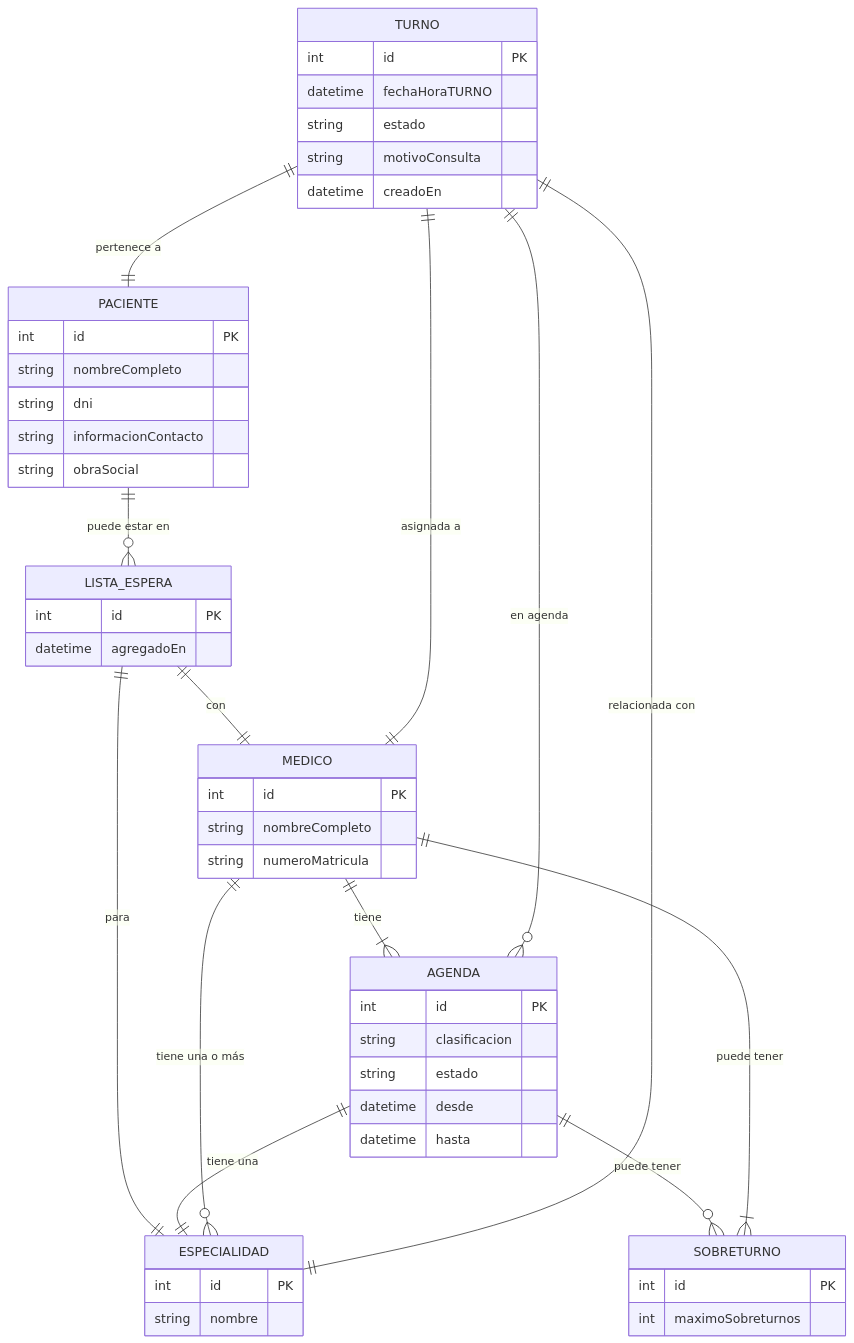
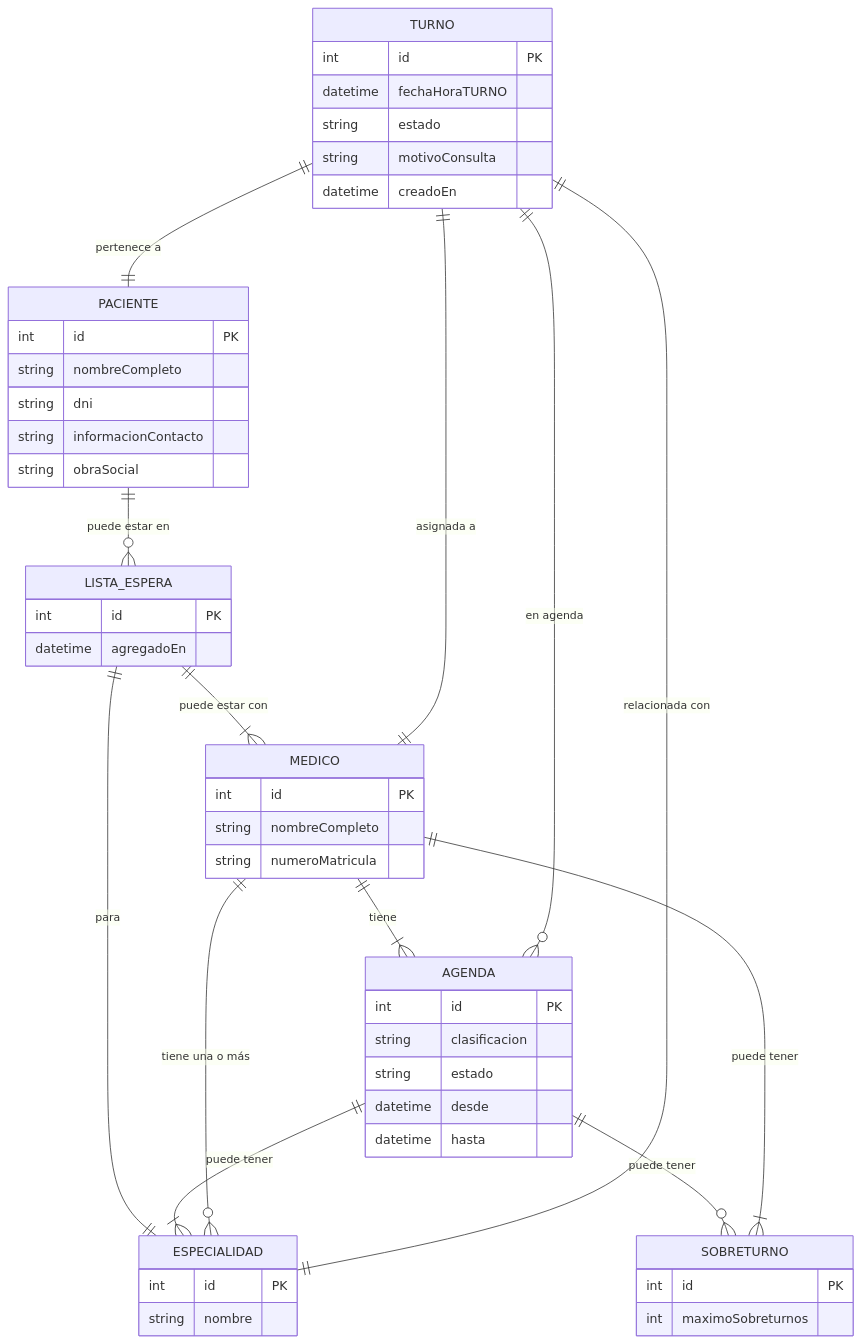
Before and after one commit to adamulp/lab2-integrador-jofre-rigg: the diagram in base_de_datos/diagramas/diagrama_er.md, drawn with Mermaid.

````diff
--- a/base_de_datos/diagramas/diagrama_er.md
+++ b/base_de_datos/diagramas/diagrama_er.md
@@ -1,65 +1,65 @@
 ```mermaid
 erDiagram
     PACIENTE {
         int id PK
         string nombreCompleto
         string dni
         string informacionContacto
         string obraSocial
     }
 
     MEDICO {
         int id PK
         string nombreCompleto
         string numeroMatricula
     }
 
     ESPECIALIDAD {
         int id PK
         string nombre
     }
 
     TURNO {
         int id PK
         datetime fechaHoraTURNO
         string estado
         string motivoConsulta
         datetime creadoEn
     }
 
     LISTA_ESPERA {
         int id PK
         datetime agregadoEn
     }
 
     AGENDA {
         int id PK
         string clasificacion
         string estado
         datetime desde
         datetime hasta
     }
 
     SOBRETURNO {
         int id PK
         int maximoSobreturnos
     }
 
     TURNO ||--|| PACIENTE : "pertenece a"
     TURNO ||--|| MEDICO : "asignada a"
     TURNO ||--|| ESPECIALIDAD : "relacionada con"
     TURNO ||--o{ AGENDA : "en agenda"
 
     MEDICO ||--o{ ESPECIALIDAD : "tiene una o más"
-    AGENDA ||--|| ESPECIALIDAD : "tiene una"
+    AGENDA ||--|{ ESPECIALIDAD : "puede tener"
     MEDICO ||--|{ AGENDA : "tiene"
     MEDICO ||--|{ SOBRETURNO : "puede tener"
 
     PACIENTE ||--o{ LISTA_ESPERA : "puede estar en"
     LISTA_ESPERA ||--|| ESPECIALIDAD : "para"
-    LISTA_ESPERA ||--|| MEDICO : "con"
+    LISTA_ESPERA ||--|{ MEDICO : "puede estar con"
 
     AGENDA ||--o{ SOBRETURNO : "puede tener"
 
 
 ```
````
